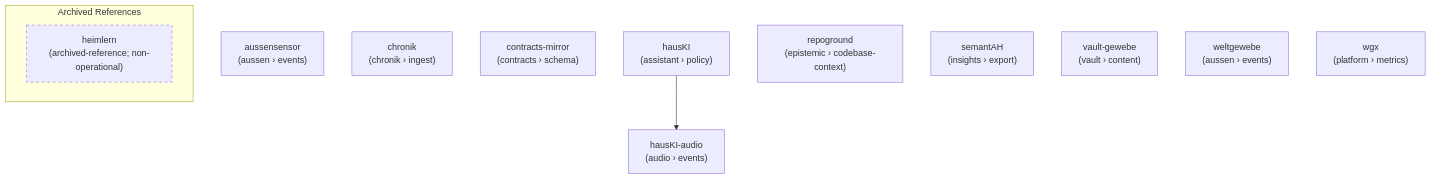
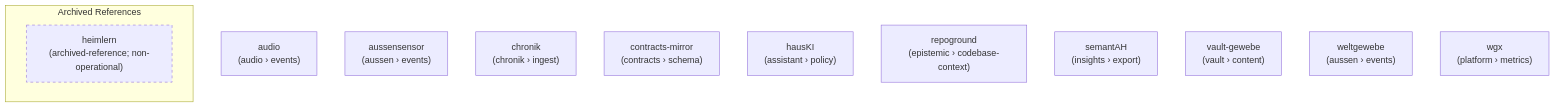
The diagram in docs/org-graph.mmd (heimgewebe/metarepo), drawn with Mermaid before and after one commit. The commit also changed 1 other file, not shown here.

Commit message:
docs: refresh audio fleet projections

```diff
--- a/docs/org-graph.mmd
+++ b/docs/org-graph.mmd
@@ -1,18 +1,17 @@
 %% Org dependency graph
 %% Generated by scripts/generate_org_assets.py; do not edit manually.
 graph TD
+    audio["audio\n(audio › events)"]
     aussensensor["aussensensor\n(aussen › events)"]
     chronik["chronik\n(chronik › ingest)"]
     contracts_mirror["contracts-mirror\n(contracts › schema)"]
     hausKI["hausKI\n(assistant › policy)"]
-    hausKI_audio["hausKI-audio\n(audio › events)"]
     repoground["repoground\n(epistemic › codebase-context)"]
     semantAH["semantAH\n(insights › export)"]
     vault_gewebe["vault-gewebe\n(vault › content)"]
     weltgewebe["weltgewebe\n(aussen › events)"]
     wgx["wgx\n(platform › metrics)"]
-    hausKI --> hausKI_audio
     subgraph archived_references["Archived References"]
         archived_heimlern["heimlern\n(archived-reference; non-operational)"]
         style archived_heimlern stroke-dasharray: 5 5
     end
```
